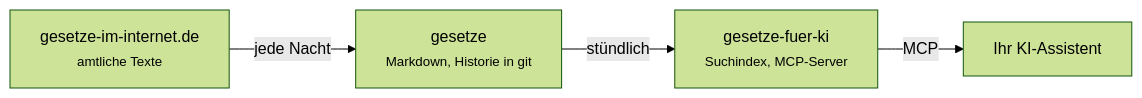
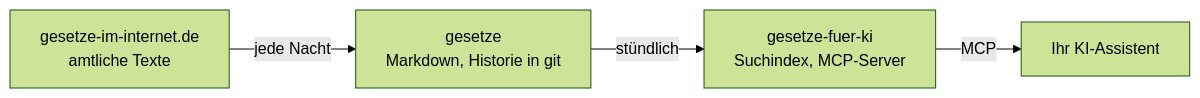
One commit to Gesetze-fuer-KI/.github changed the diagram in profile/README.md. Above: the diagram before and after it, drawn with Mermaid (forest theme). The commit also changed other lines of this file, not shown here.

Commit message:
Profile: Liberapay badge; plain Mermaid labels
Claude-Session: https://claude.ai/code/session_01E4TpHAtbrTtui4fCBEf16R

````diff
--- a/profile/README.md
+++ b/profile/README.md
@@ -27,6 +31,6 @@
 ```mermaid
 flowchart LR
-    A["gesetze-im-internet.de<br/><small>amtliche Texte</small>"] -- jede Nacht --> B["gesetze<br/><small>Markdown, Historie in git</small>"]
-    B -- stündlich --> C["gesetze-fuer-ki<br/><small>Suchindex, MCP-Server</small>"]
+    A["gesetze-im-internet.de<br/>amtliche Texte"] -- jede Nacht --> B["gesetze<br/>Markdown, Historie in git"]
+    B -- stündlich --> C["gesetze-fuer-ki<br/>Suchindex, MCP-Server"]
     C -- MCP --> D["Ihr KI-Assistent"]
 ```
````
